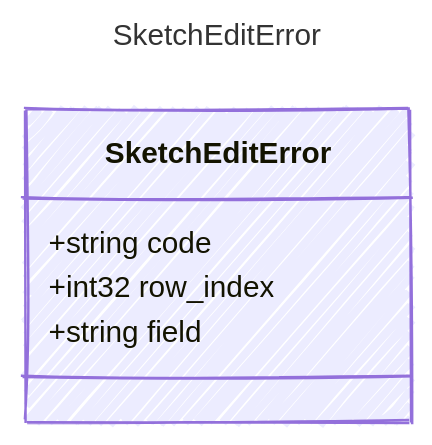
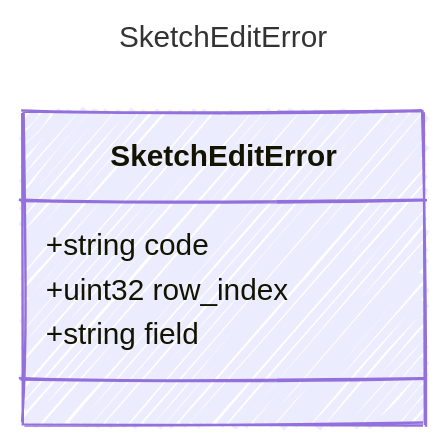
Before and after one commit to sethjuarez/cutready: the diagram in contracts/generated/markdown/SketchEditError.md, drawn with Mermaid. The commit also changed other lines of this file and 41 other files, not shown here.

````diff
--- a/contracts/generated/markdown/SketchEditError.md
+++ b/contracts/generated/markdown/SketchEditError.md
@@ -12,16 +12,16 @@
 ```mermaid
 ---
 title: SketchEditError
 config:
   look: handDrawn
   theme: colorful
   class:
     hideEmptyMembersBox: true
 ---
 classDiagram
     class SketchEditError {
         +string code
-        +int32 row_index
+        +uint32 row_index
         +string field
     }
 ```
````
